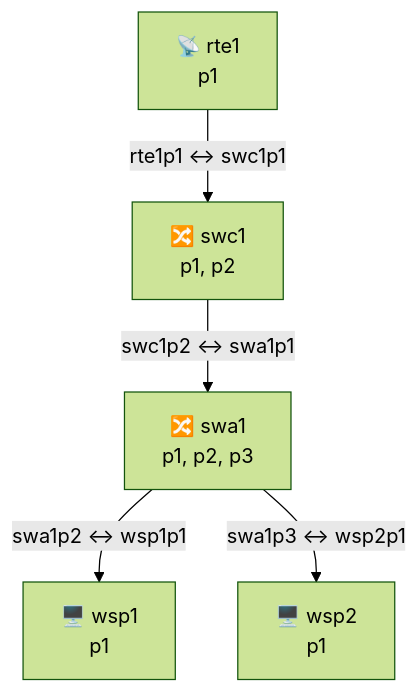
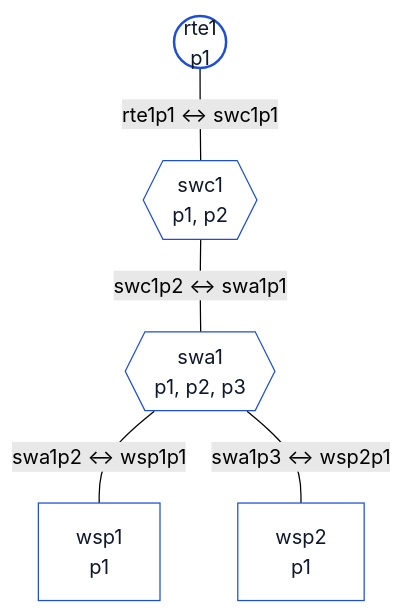
The second of 2 diagrams in labs/c_enrutar_y_conmutar/c_enrutar_y_conmutar.md (MagicJF/NetLabs), drawn with Mermaid (forest theme) before and after one commit. The commit also changed other lines of this file and 4 other files, not shown here.

````diff
--- a/labs/c_enrutar_y_conmutar/c_enrutar_y_conmutar.md
+++ b/labs/c_enrutar_y_conmutar/c_enrutar_y_conmutar.md
@@ -33,12 +51,19 @@
 ```mermaid
 flowchart TB
-    n_rte1["📡 rte1<br/>p1"]
-    n_swc1["🔀 swc1<br/>p1, p2"]
-    n_swa1["🔀 swa1<br/>p1, p2, p3"]
-    n_wsp1["🖥️ wsp1<br/>p1"]
-    n_wsp2["🖥️ wsp2<br/>p1"]
-    n_rte1 -->|rte1p1 ↔ swc1p1| n_swc1
-    n_swc1 -->|swc1p2 ↔ swa1p1| n_swa1
-    n_swa1 -->|swa1p2 ↔ wsp1p1| n_wsp1
-    n_swa1 -->|swa1p3 ↔ wsp2p1| n_wsp2
+    classDef equipo fill:#ffffff,stroke:#1d4ed8,stroke-width:1px,color:#0f172a
+    classDef puerta fill:#ffffff,stroke:#1d4ed8,stroke-width:2px,color:#0f172a
+    n_rte1(("rte1<br/>p1"))
+    class n_rte1 puerta
+    n_swc1{{"swc1<br/>p1, p2"}}
+    class n_swc1 equipo
+    n_swa1{{"swa1<br/>p1, p2, p3"}}
+    class n_swa1 equipo
+    n_wsp1["wsp1<br/>p1"]
+    class n_wsp1 equipo
+    n_wsp2["wsp2<br/>p1"]
+    class n_wsp2 equipo
+    n_rte1 ---|rte1p1 ↔ swc1p1| n_swc1
+    n_swc1 ---|swc1p2 ↔ swa1p1| n_swa1
+    n_swa1 ---|swa1p2 ↔ wsp1p1| n_wsp1
+    n_swa1 ---|swa1p3 ↔ wsp2p1| n_wsp2
 ```
````
